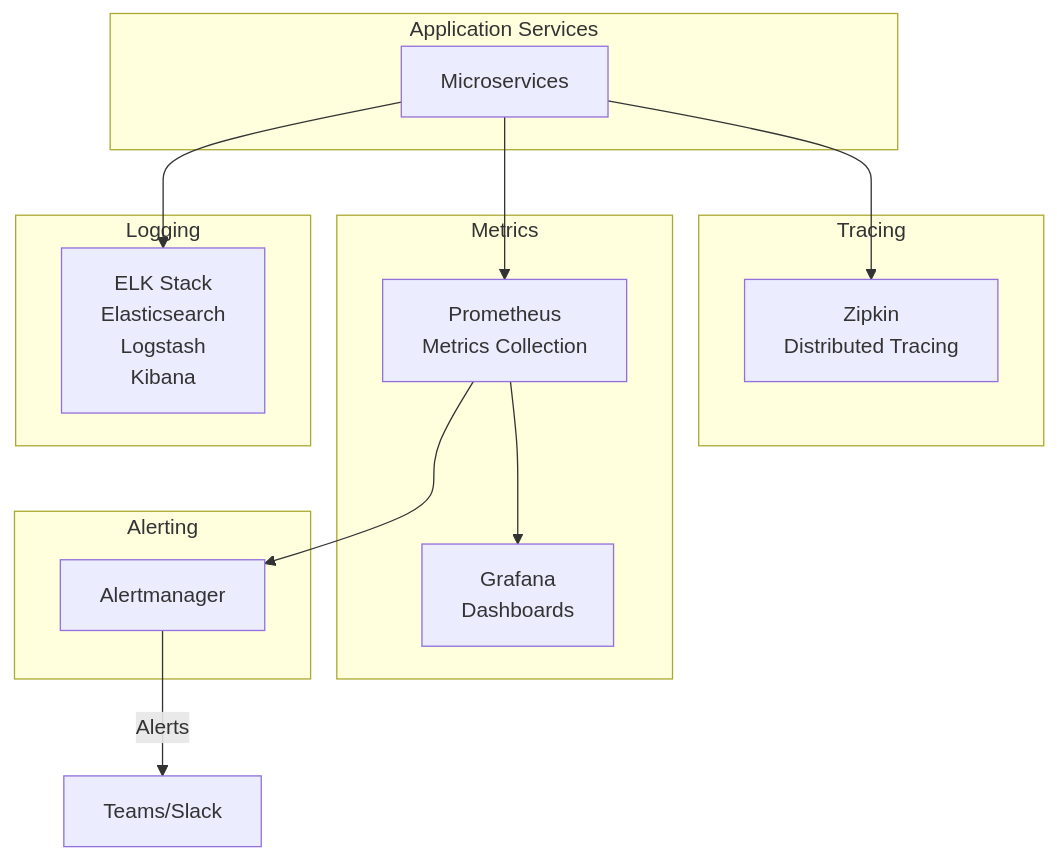
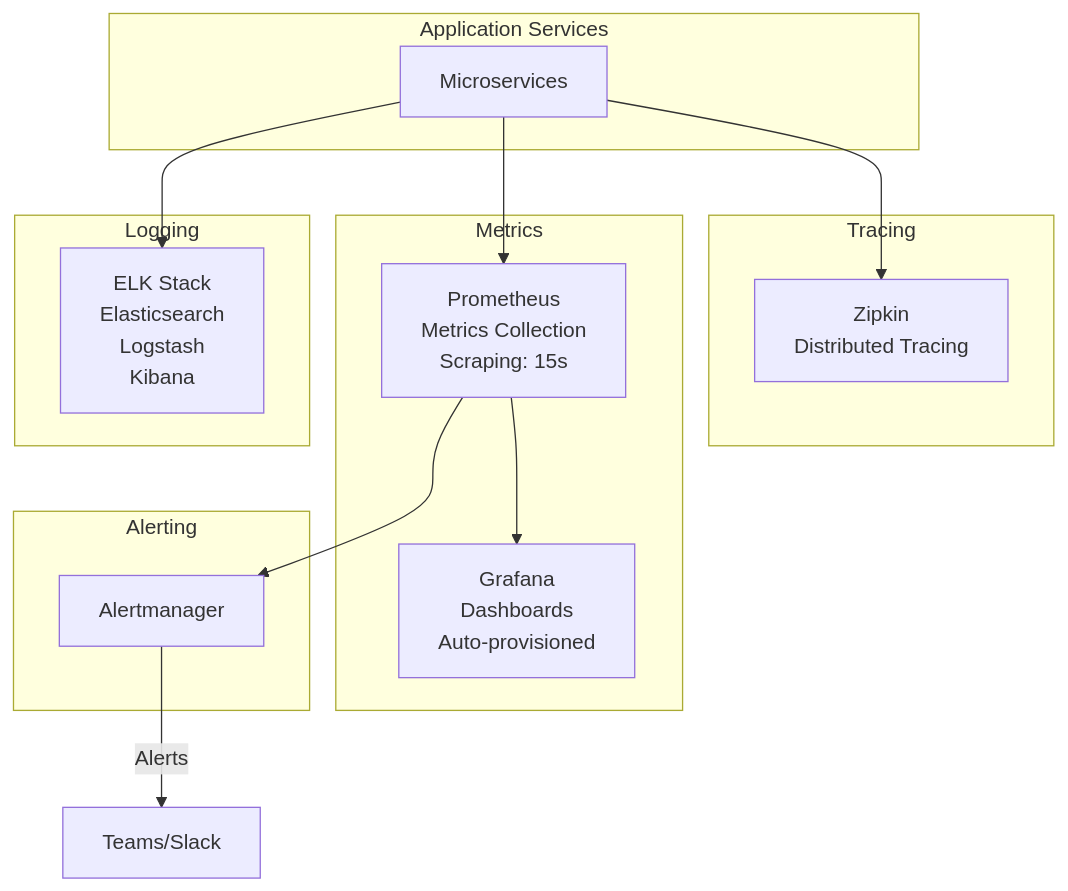
The fifth of 10 diagrams in README.md (lolito996/ecommerce-microservice-backend-EntregaSoft), drawn with Mermaid before and after one commit. The commit also changed other lines of this file, not shown here.

````diff
--- a/README.md
+++ b/README.md
@@ -1173,32 +1412,32 @@
 ```mermaid
 graph TB
     subgraph "Application Services"
         Services[Microservices]
     end
     
     subgraph "Tracing"
         Zipkin[Zipkin<br/>Distributed Tracing]
     end
     
     subgraph "Metrics"
-        Prometheus[Prometheus<br/>Metrics Collection]
-        Grafana[Grafana<br/>Dashboards]
+        Prometheus[Prometheus<br/>Metrics Collection<br/>Scraping: 15s]
+        Grafana[Grafana<br/>Dashboards<br/>Auto-provisioned]
     end
     
     subgraph "Logging"
         ELK[ELK Stack<br/>Elasticsearch<br/>Logstash<br/>Kibana]
     end
     
     subgraph "Alerting"
         AlertManager[Alertmanager]
     end
     
     Services --> Zipkin
     Services --> Prometheus
     Services --> ELK
     
     Prometheus --> Grafana
     Prometheus --> AlertManager
     
     AlertManager --> |Alerts| Teams[Teams/Slack]
 ```
````
